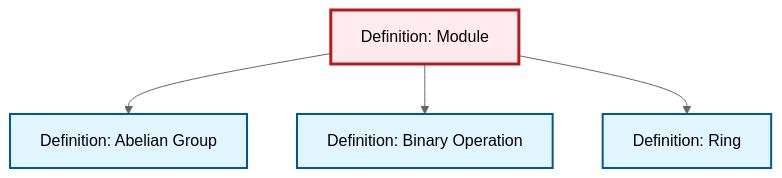
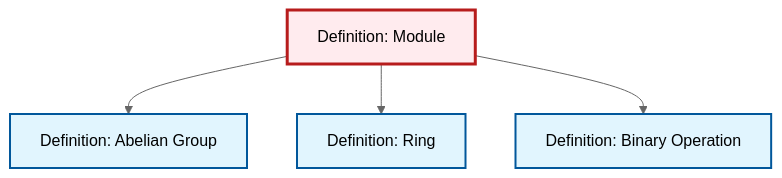
Before and after one commit to RK0429/ModernMath: the diagram in content/en/algebra/def-module.qmd, drawn with Mermaid (neutral theme). The commit also changed other lines of this file and 615 other files, not shown here.

````diff
--- a/content/en/algebra/def-module.qmd
+++ b/content/en/algebra/def-module.qmd
@@ -55,20 +55,20 @@
 ```{mermaid}
 %%| fig-cap: "Local dependency graph"
 graph TD
     classDef definition fill:#e1f5fe,stroke:#01579b,stroke-width:2px
     classDef theorem fill:#f3e5f5,stroke:#4a148c,stroke-width:2px
     classDef axiom fill:#fff3e0,stroke:#e65100,stroke-width:2px
     classDef example fill:#e8f5e9,stroke:#1b5e20,stroke-width:2px
     classDef current fill:#ffebee,stroke:#b71c1c,stroke-width:3px
-    def-module["Definition: Module"]:::definition
-    def-abelian-group["Definition: Abelian Group"]:::definition
     def-ring["Definition: Ring"]:::definition
     def-binary-operation["Definition: Binary Operation"]:::definition
+    def-abelian-group["Definition: Abelian Group"]:::definition
+    def-module["Definition: Module"]:::definition
     def-module --> def-abelian-group
+    def-module --> def-ring
     def-module --> def-binary-operation
-    def-module --> def-ring
     class def-module current
-    click def-abelian-group "def-abelian-group.html" "Go to Abelian Group definition"
     click def-ring "def-ring.html" "Go to Ring definition"
     click def-binary-operation "def-binary-operation.html" "Go to Binary Operation definition"
+    click def-abelian-group "def-abelian-group.html" "Go to Abelian Group definition"
 ```
````
